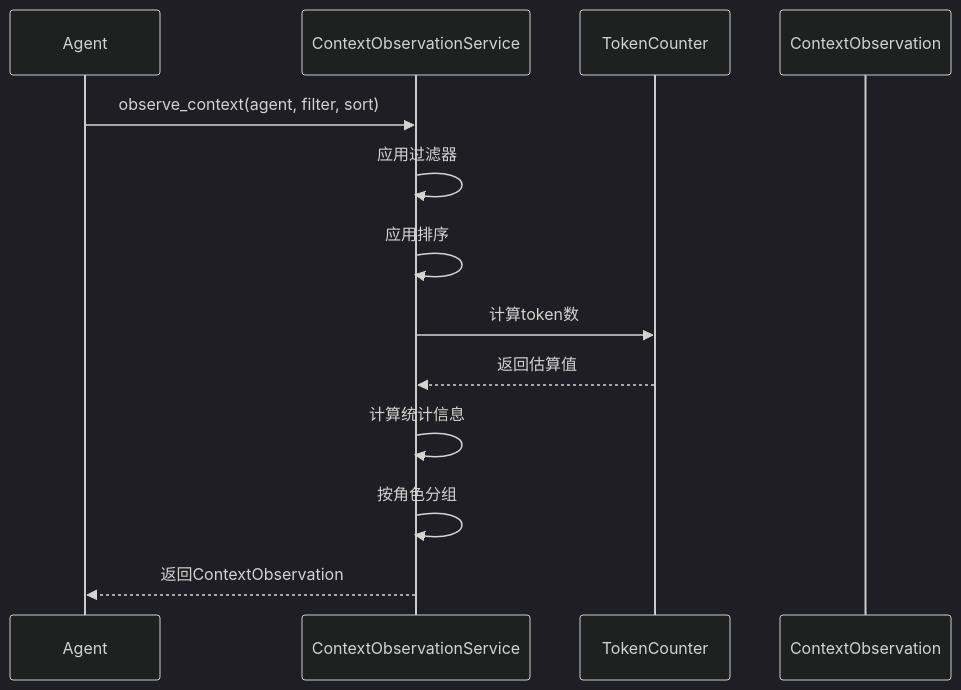
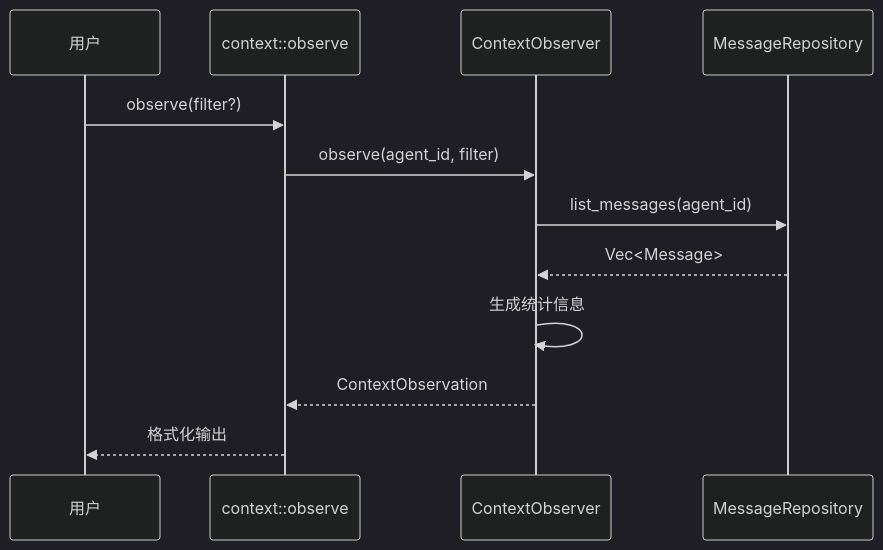
The fourth of 4 diagrams in progress/TECH-CONTEXT.md (MiyakoMeow/neco), drawn with Mermaid (dark theme) before and after one commit. The commit also changed other lines of this file and 11 other files, not shown here.

````diff
--- a/progress/TECH-CONTEXT.md
+++ b/progress/TECH-CONTEXT.md
@@ -80,16 +194,15 @@
 ```mermaid
 sequenceDiagram
-    participant Agent
-    participant Service as ContextObservationService
-    participant Counter as TokenCounter
-    participant Result as ContextObservation
-    
-    Agent->>Service: observe_context(agent, filter, sort)
-    Service->>Service: 应用过滤器
-    Service->>Service: 应用排序
-    Service->>Counter: 计算token数
-    Counter-->>Service: 返回估算值
-    Service->>Service: 计算统计信息
-    Service->>Service: 按角色分组
-    Service-->>Agent: 返回ContextObservation
+    participant User as 用户
+    participant Tool as context::observe
+    participant CO as ContextObserver
+    participant MR as MessageRepository
+
+    User->>Tool: observe(filter?)
+    Tool->>CO: observe(agent_id, filter)
+    CO->>MR: list_messages(agent_id)
+    MR-->>CO: Vec<Message>
+    CO->>CO: 生成统计信息
+    CO-->>Tool: ContextObservation
+    Tool-->>User: 格式化输出
 ```
````
